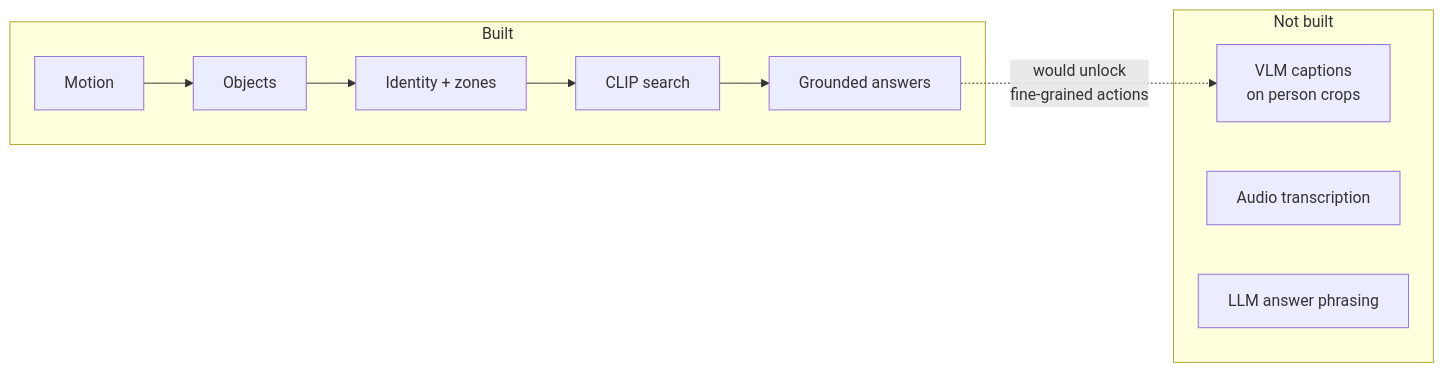
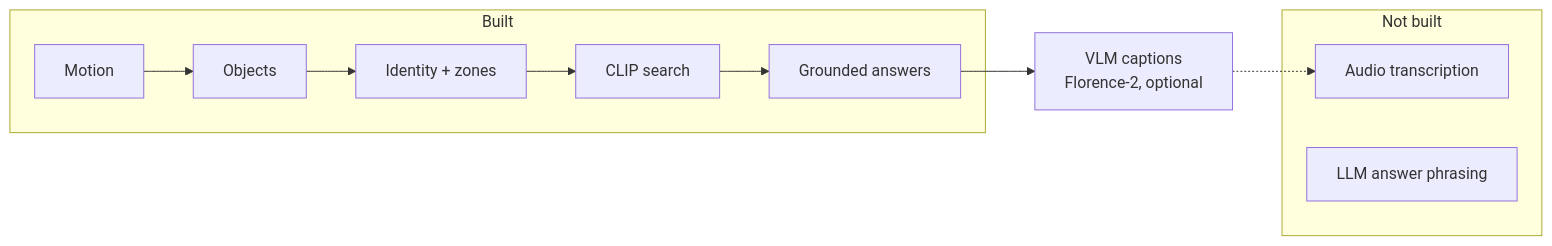
Before and after one commit to amerganim/TextSearchVDO: the fourth of 5 diagrams in docs/HOW-IT-WORKS.md, drawn with Mermaid. The commit also changed other lines of this file and 11 other files, not shown here.

````diff
--- a/docs/HOW-IT-WORKS.md
+++ b/docs/HOW-IT-WORKS.md
@@ -260,12 +286,13 @@
 ```mermaid
 flowchart LR
     subgraph BUILT["Built"]
         A["Motion"] --> B["Objects"] --> C["Identity + zones"] --> D["CLIP search"] --> E["Grounded answers"]
     end
+    F["VLM captions<br/>Florence-2, optional"]
+    E --> F
     subgraph NEXT["Not built"]
-        F["VLM captions<br/>on person crops"]
         G["Audio transcription"]
         H["LLM answer phrasing"]
     end
-    E -.->|"would unlock<br/>fine-grained actions"| F
+    F -.-> G
 ```
````
